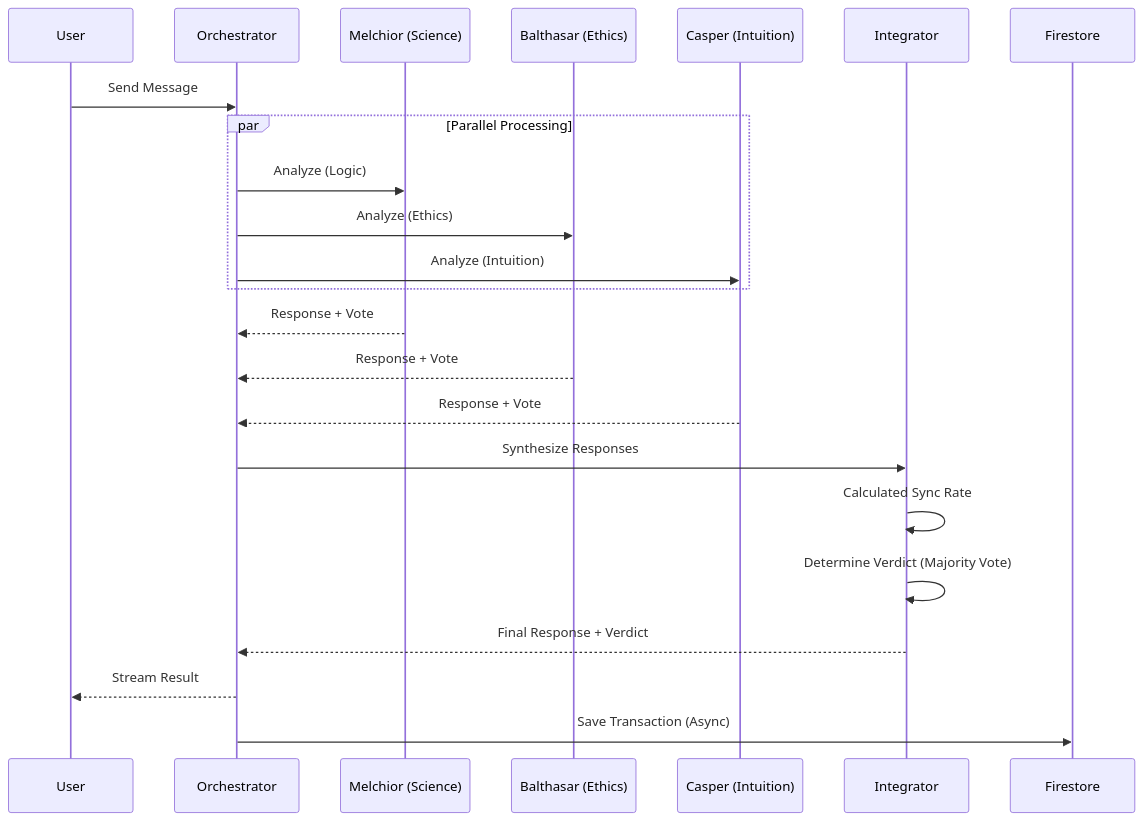
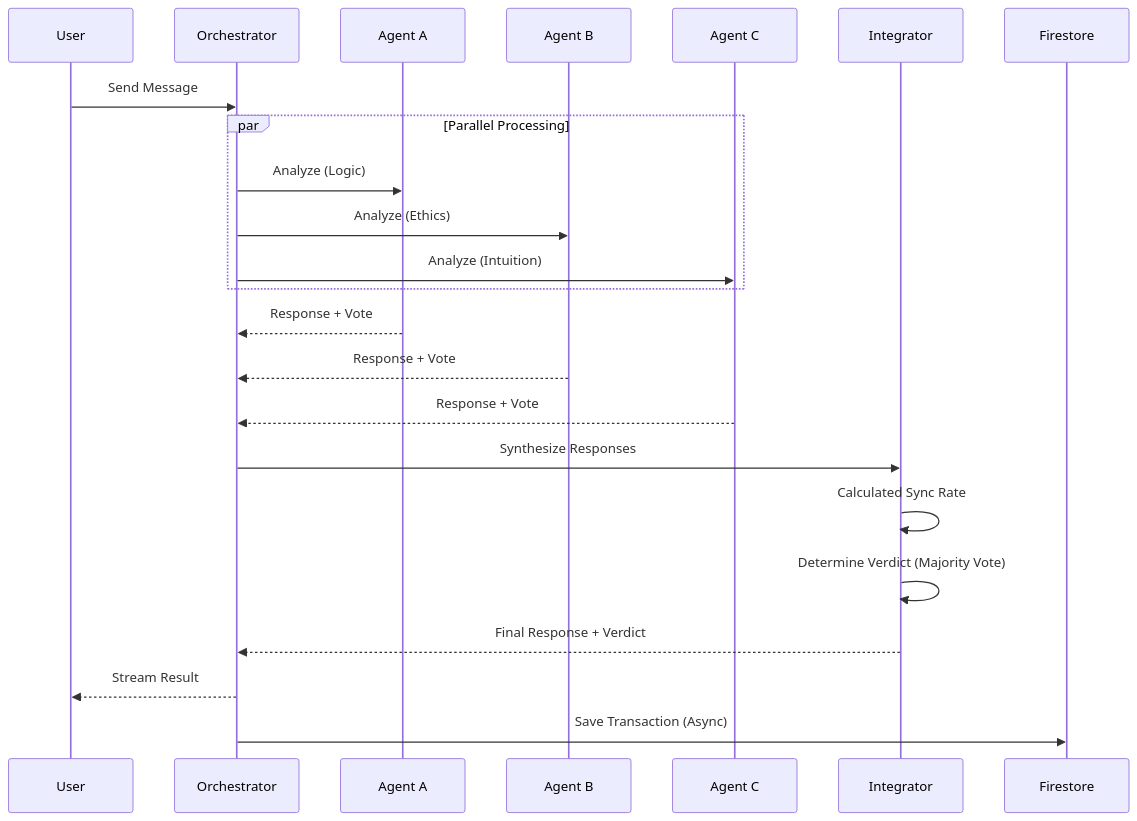
Before and after one commit to Kujo-n/maji-res: the second of 4 diagrams in docs/design/architecture.md, drawn with Mermaid. The commit also changed other lines of this file and 2 other files, not shown here.

Commit message:
docs: v1.3.0 ドキュメント更新
- architecture.md: Mermaid図をプリセット非依存に変更、統合プロンプト個別化を追記
- Integration.md: プリセット構成セクションを追加
- CHANGELOG.md: v1.3.0 エントリ追加

````diff
--- a/docs/design/architecture.md
+++ b/docs/design/architecture.md
@@ -41,30 +42,30 @@
 ```mermaid
 sequenceDiagram
     participant U as User
     participant O as Orchestrator
-    participant M as Melchior (Science)
-    participant B as Balthasar (Ethics)
-    participant C as Casper (Intuition)
+    participant M as Agent A
+    participant B as Agent B
+    participant C as Agent C
     participant I as Integrator
     participant DB as Firestore
 
     U->>O: Send Message
     
     par Parallel Processing
         O->>M: Analyze (Logic)
         O->>B: Analyze (Ethics)
         O->>C: Analyze (Intuition)
     end
     
     M-->>O: Response + Vote
     B-->>O: Response + Vote
     C-->>O: Response + Vote
     
     O->>I: Synthesize Responses
     I->>I: Calculated Sync Rate
     I->>I: Determine Verdict (Majority Vote)
     I-->>O: Final Response + Verdict
     
     O-->>U: Stream Result
     O->>DB: Save Transaction (Async)
 ```
````
